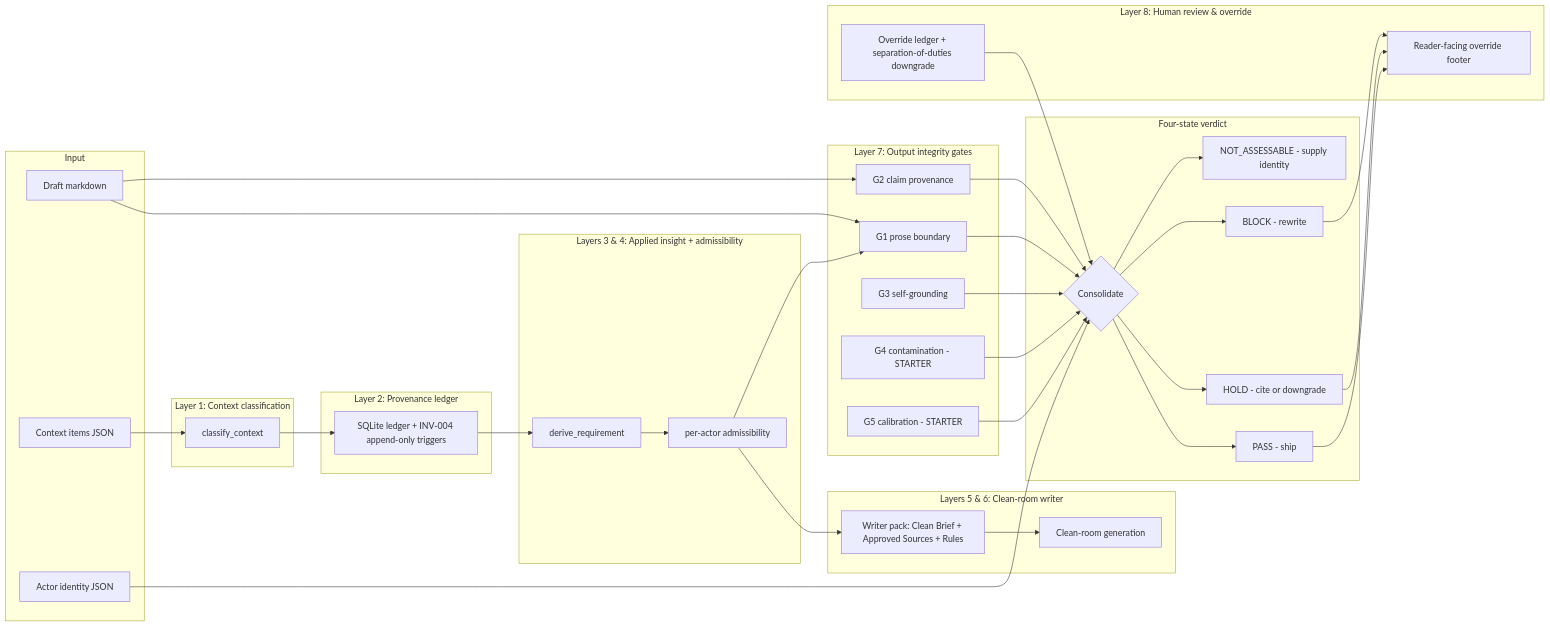
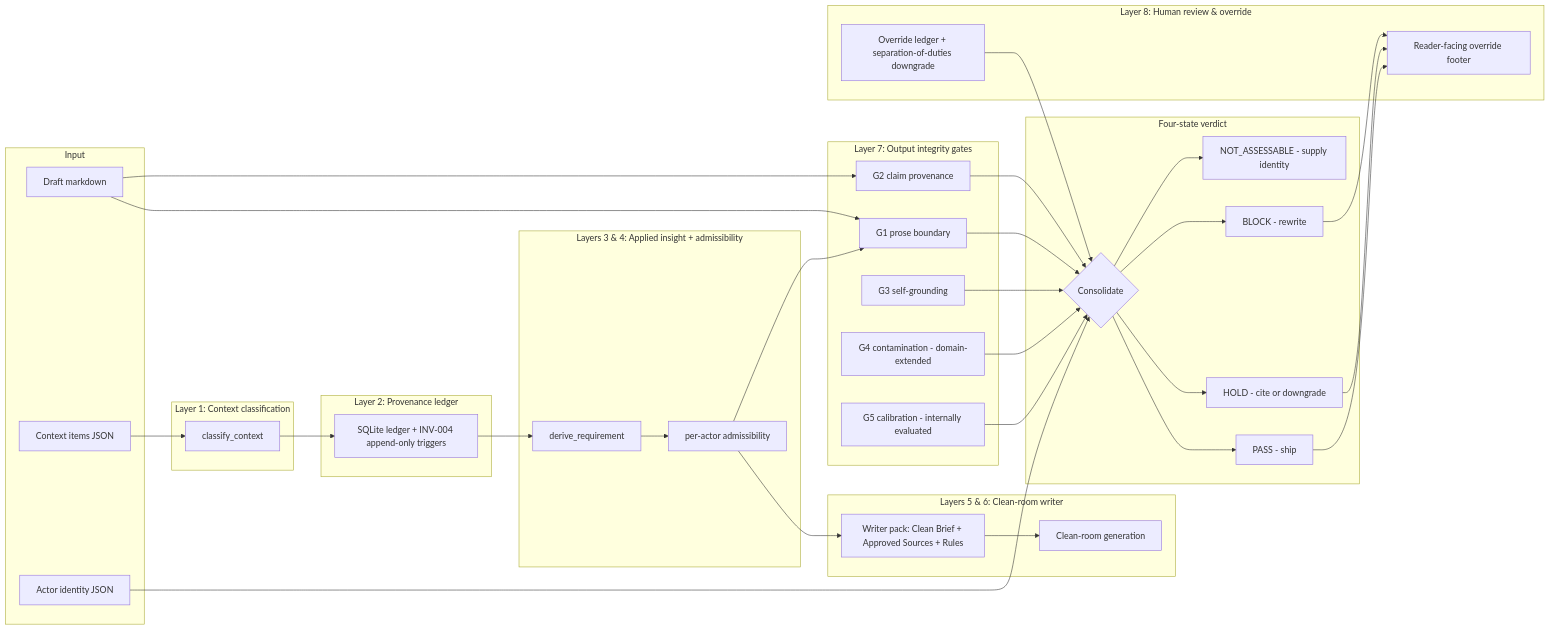
Before and after one commit to jvega017/warrantos: the diagram in docs/STACK.md, drawn with Mermaid. The commit also changed other lines of this file and 32 other files, not shown here.

````diff
--- a/docs/STACK.md
+++ b/docs/STACK.md
@@ -11,66 +11,66 @@
 ```mermaid
 flowchart LR
     subgraph IN[Input]
         D[Draft markdown]
         C[Context items JSON]
         A[Actor identity JSON]
     end
 
     subgraph L1[Layer 1: Context classification]
         CL[classify_context]
     end
 
     subgraph L2[Layer 2: Provenance ledger]
         LP[SQLite ledger + INV-004 append-only triggers]
     end
 
     subgraph L3L4[Layers 3 & 4: Applied insight + admissibility]
         DI[derive_requirement]
         AD[per-actor admissibility]
     end
 
     subgraph L5L6[Layers 5 & 6: Clean-room writer]
         WP[Writer pack: Clean Brief + Approved Sources + Rules]
         CR[Clean-room generation]
     end
 
     subgraph L7[Layer 7: Output integrity gates]
         G1[G1 prose boundary]
         G2[G2 claim provenance]
         G3[G3 self-grounding]
-        G4[G4 contamination - STARTER]
-        G5[G5 calibration - STARTER]
+        G4[G4 contamination - domain-extended]
+        G5[G5 calibration - internally evaluated]
     end
 
     subgraph L8[Layer 8: Human review & override]
         OV[Override ledger + separation-of-duties downgrade]
         FT[Reader-facing override footer]
     end
 
     subgraph OUT[Four-state verdict]
         V{Consolidate}
         VP[PASS - ship]
         VH[HOLD - cite or downgrade]
         VB[BLOCK - rewrite]
         VN[NOT_ASSESSABLE - supply identity]
     end
 
     D --> G1
     D --> G2
     C --> CL --> LP --> DI --> AD --> WP --> CR
     AD --> G1
     A --> V
     G1 --> V
     G2 --> V
     G3 --> V
     G4 --> V
     G5 --> V
     OV --> V
     V --> VP
     V --> VH
     V --> VB
     V --> VN
     VP --> FT
     VH --> FT
     VB --> FT
 ```
````
